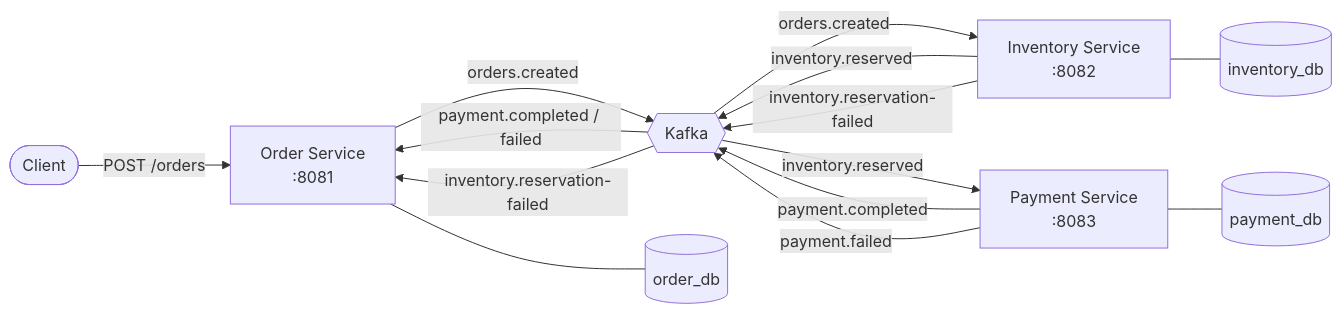
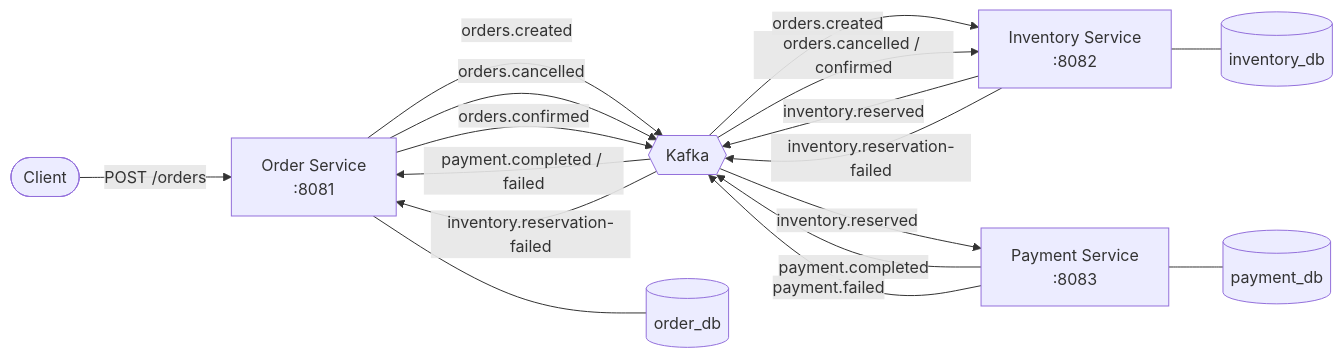
The first of 2 diagrams in README.md (sowmyagomatam/order-management), drawn with Mermaid before and after one commit. The commit also changed other lines of this file and 5 other files, not shown here.

````diff
--- a/README.md
+++ b/README.md
@@ -44,22 +44,26 @@
 ```mermaid
 flowchart LR
     Client([Client]) -->|POST /orders| OS[Order Service<br/>:8081]
 
     OS -->|orders.created| K{{Kafka}}
     K -->|orders.created| IS[Inventory Service<br/>:8082]
 
     IS -->|inventory.reserved| K
     IS -->|inventory.reservation-failed| K
 
     K -->|inventory.reserved| PS[Payment Service<br/>:8083]
 
     PS -->|payment.completed| K
     PS -->|payment.failed| K
 
     K -->|payment.completed / failed| OS
     K -->|inventory.reservation-failed| OS
 
+    OS -->|orders.cancelled| K
+    OS -->|orders.confirmed| K
+    K -->|orders.cancelled / confirmed| IS
+
     OS --- ODB[(order_db)]
     IS --- IDB[(inventory_db)]
     PS --- PDB[(payment_db)]
 ```
````
